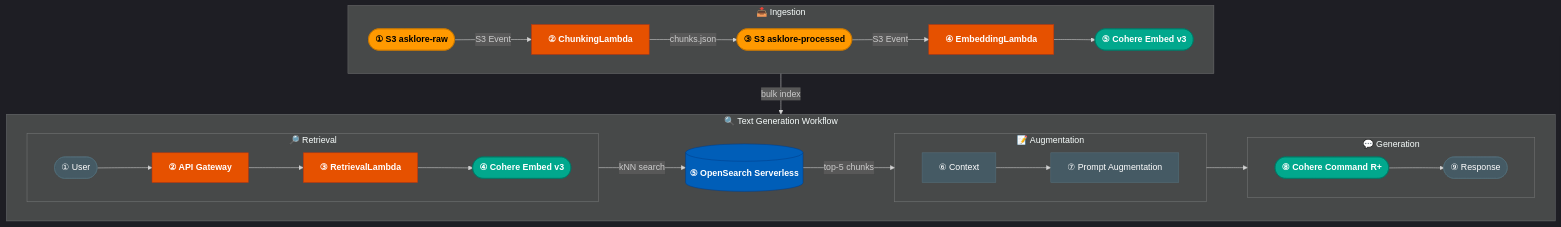
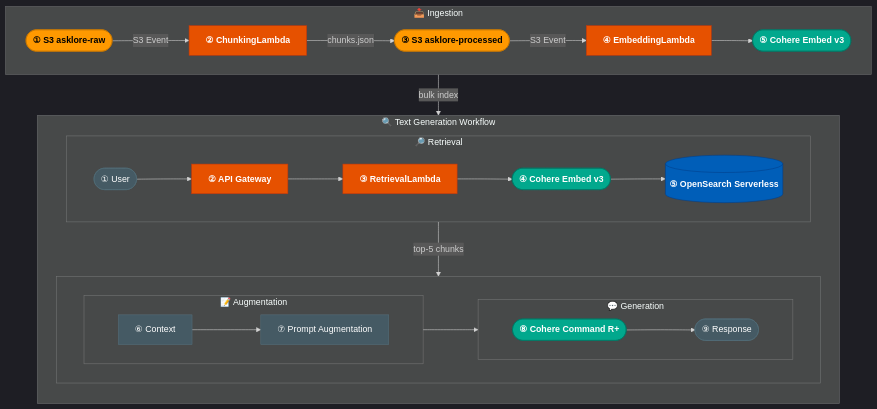
Before and after one commit to Sunilrana1978/AskLore: the diagram in README.md, drawn with Mermaid.

Commit message:
Split Text Generation into two rows: Retrieval on top, Aug+Gen below
Switch QRY to direction TB so inner subgraphs stack vertically.
Retrieval row spans full width with OpenSearch at the end.
Augmentation and Generation sit side-by-side in a second row beneath,
connected down from OpenSearch via top-5 chunks arrow.

````diff
--- a/README.md
+++ b/README.md
@@ -9,37 +9,38 @@
 ```mermaid
 %%{init: {'theme': 'dark'}}%%
 flowchart TB
 
     classDef s3      fill:#FF9900,stroke:#cc7a00,color:#000,font-weight:bold
     classDef lambda  fill:#E65100,stroke:#bf360c,color:#fff,font-weight:bold
     classDef bedrock fill:#01A88D,stroke:#007a67,color:#fff,font-weight:bold
     classDef os      fill:#005EB8,stroke:#003f8a,color:#fff,font-weight:bold
     classDef ext     fill:#455A64,stroke:#546E7A,color:#fff
 
     subgraph QRY["🔍 Text Generation Workflow"]
-        direction LR
+        direction TB
         subgraph RET["🔎 Retrieval"]
             direction LR
-            USR(["① User"]):::ext --> GW["② API Gateway"]:::lambda --> RL["③ RetrievalLambda"]:::lambda --> CE2(["④ Cohere Embed v3"]):::bedrock
+            USR(["① User"]):::ext --> GW["② API Gateway"]:::lambda --> RL["③ RetrievalLambda"]:::lambda --> CE2(["④ Cohere Embed v3"]):::bedrock --> VS[("⑤ OpenSearch Serverless")]:::os
         end
-        VS[("⑤ OpenSearch Serverless")]:::os
-        subgraph AUG["📝 Augmentation"]
+        subgraph AG[" "]
             direction LR
-            CTX["⑥ Context"]:::ext --> PA["⑦ Prompt Augmentation"]:::ext
+            subgraph AUG["📝 Augmentation"]
+                direction LR
+                CTX["⑥ Context"]:::ext --> PA["⑦ Prompt Augmentation"]:::ext
+            end
+            subgraph GEN["💬 Generation"]
+                direction LR
+                LLM(["⑧ Cohere Command R+"]):::bedrock --> RESP(["⑨ Response"]):::ext
+            end
+            PA --> LLM
         end
-        subgraph GEN["💬 Generation"]
-            direction LR
-            LLM(["⑧ Cohere Command R+"]):::bedrock --> RESP(["⑨ Response"]):::ext
-        end
-        CE2 -->|kNN search| VS
         VS -->|top-5 chunks| CTX
-        PA --> LLM
     end
 
     subgraph ING["📥 Ingestion"]
         direction LR
         DS(["① S3 asklore-raw"]):::s3 -->|S3 Event| CL["② ChunkingLambda"]:::lambda -->|chunks.json| PROC(["③ S3 asklore-processed"]):::s3 -->|S3 Event| EL["④ EmbeddingLambda"]:::lambda --> CE1(["⑤ Cohere Embed v3"]):::bedrock
     end
 
     CE1 -->|bulk index| VS
 ```
````
